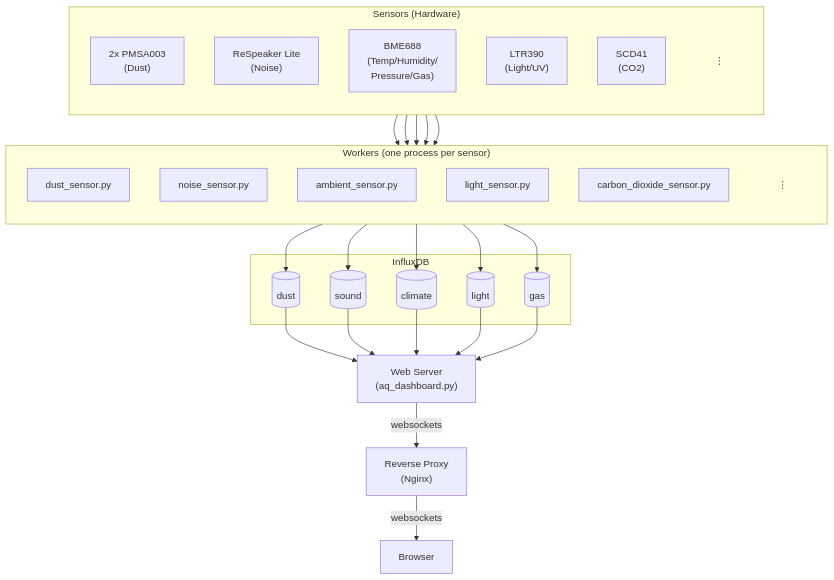
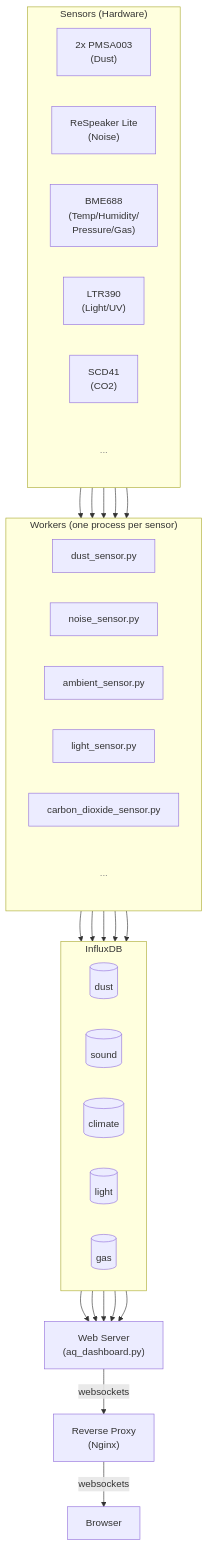
Before and after one commit to cristeab/aq_dashboard: the diagram in README.md, drawn with Mermaid.

Commit message:
improved the system diagram

````diff
--- a/README.md
+++ b/README.md
@@ -10,54 +10,55 @@
 ```mermaid
 flowchart TB
     subgraph SENS["Sensors (Hardware)"]
-        direction TB
+        direction LR
         s1["2x PMSA003<br>(Dust)"]
         s2["ReSpeaker Lite<br>(Noise)"]
         s3["BME688<br>(Temp/Humidity/<br>Pressure/Gas)"]
         s4["LTR390<br>(Light/UV)"]
         s5["SCD41<br>(CO2)"]
-        sdots["⋮"]
+        sdots["..."]
     end
 
     subgraph WK["Workers (one process per sensor)"]
-        direction TB
+        direction LR
         w1[dust_sensor.py]
         w2[noise_sensor.py]
         w3[ambient_sensor.py]
         w4[light_sensor.py]
         w5[carbon_dioxide_sensor.py]
-        wdots["⋮"]
+        wdots["..."]
     end
 
     subgraph DB["InfluxDB"]
+      direction LR
       dustdb[("dust")]
       sounddb[("sound")]
       climatedb[("climate")]
       lightdb[("light")]
       gasdb[("gas")]
     end
 
     s1 --> w1
     s2 --> w2
     s3 --> w3
     s4 --> w4
     s5 --> w5
 
     w1 --> dustdb
     w2 --> sounddb
     w3 --> climatedb
     w4 --> lightdb
     w5 --> gasdb
 
     dustdb --> ws["Web Server<br>(aq_dashboard.py)"]
     sounddb --> ws
     climatedb --> ws
     lightdb --> ws
     gasdb --> ws
 
     ws -- websockets --> rp["Reverse Proxy<br>(Nginx)"]
     rp -- websockets --> bw[Browser]
 
-    style sdots fill:none,stroke:none
-    style wdots fill:none,stroke:none
+    style sdots fill:none,stroke:none,color:#888,font-size:16px
+    style wdots fill:none,stroke:none,color:#888,font-size:16px
 ```
````
